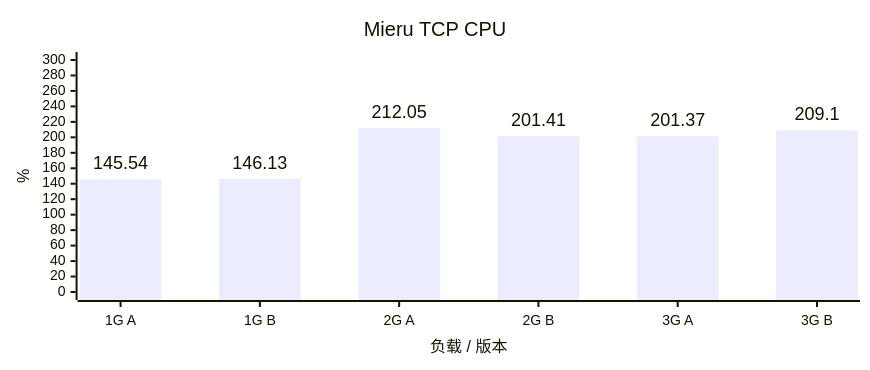
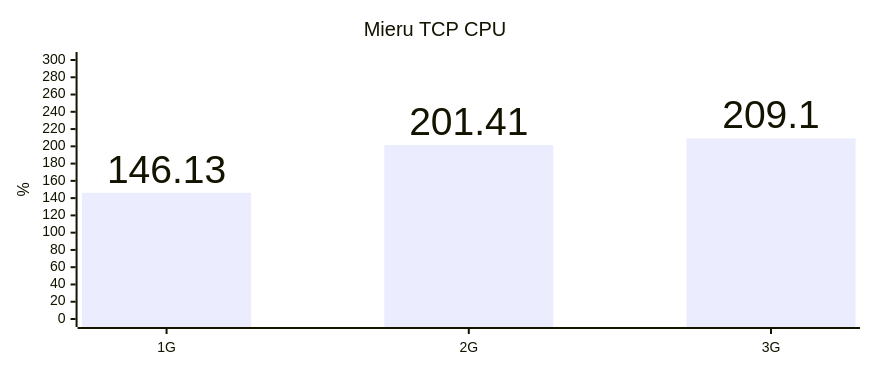
Diagram 16 of 18 in docs/benchmark.md (YuanDevTeam/Vole), drawn with Mermaid before and after one commit. The commit also changed other lines of this file and 14 other files, not shown here.

````diff
--- a/docs/benchmark.md
+++ b/docs/benchmark.md
@@ -307,15 +307,15 @@
 ```mermaid
 ---
 config:
   xyChart:
     width: 850
     height: 350
     showDataLabel: true
     showDataLabelOutsideBar: true
 ---
 xychart
     title "Mieru TCP CPU"
-    x-axis "负载 / 版本" ["1G A", "1G B", "2G A", "2G B", "3G A", "3G B"]
+    x-axis ["1G", "2G", "3G"]
     y-axis "%" 0 --> 300
-    bar [145.54, 146.13, 212.05, 201.41, 201.37, 209.1]
+    bar [146.13, 201.41, 209.1]
 ```
````
